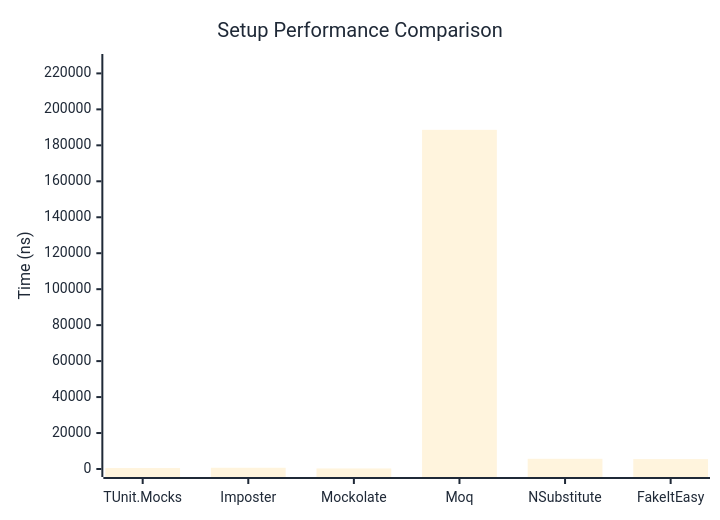
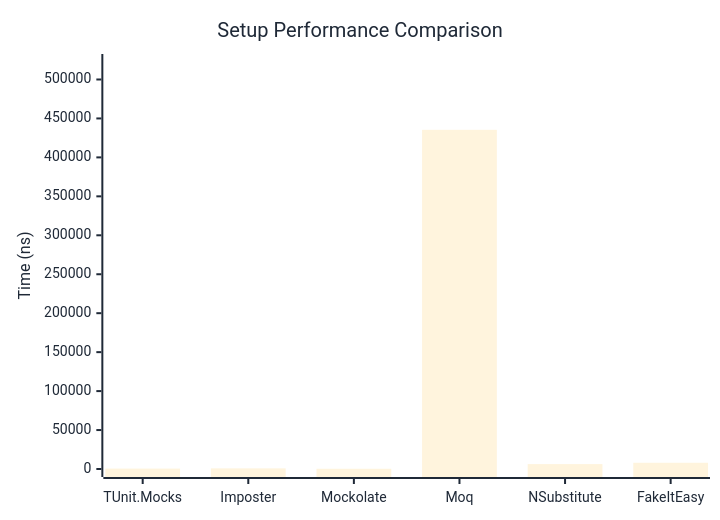
One commit to thomhurst/TUnit changed the first of 2 diagrams in docs/docs/benchmarks/mocks/Setup.md. Above: the diagram before and after it, drawn with Mermaid. The commit also changed other lines of this file and 14 other files, not shown here.

````diff
--- a/docs/docs/benchmarks/mocks/Setup.md
+++ b/docs/docs/benchmarks/mocks/Setup.md
@@ -30,27 +30,27 @@
 ```mermaid
 %%{init: {
   'theme':'base',
   'themeVariables': {
     'primaryColor': '#2563eb',
     'primaryTextColor': '#1f2937',
     'primaryBorderColor': '#1e40af',
     'lineColor': '#6b7280',
     'secondaryColor': '#7c3aed',
     'tertiaryColor': '#dc2626',
     'background': '#ffffff',
     'pie1': '#2563eb',
     'pie2': '#7c3aed',
     'pie3': '#dc2626',
     'pie4': '#f59e0b',
     'pie5': '#10b981',
     'pie6': '#06b6d4',
     'pie7': '#ec4899',
     'pie8': '#6366f1'
   }
 }}%%
 xychart-beta
   title "Setup Performance Comparison"
   x-axis ["TUnit.Mocks", "Imposter", "Mockolate", "Moq", "NSubstitute", "FakeItEasy"]
-  y-axis "Time (ns)" 0 --> 226337
-  bar [532.4, 683.9, 301.6, 188613.6, 5683.3, 5505.9]
+  y-axis "Time (ns)" 0 --> 522447
+  bar [522, 818.2, 295.9, 435371.9, 6280.6, 7993.2]
 ```
````
